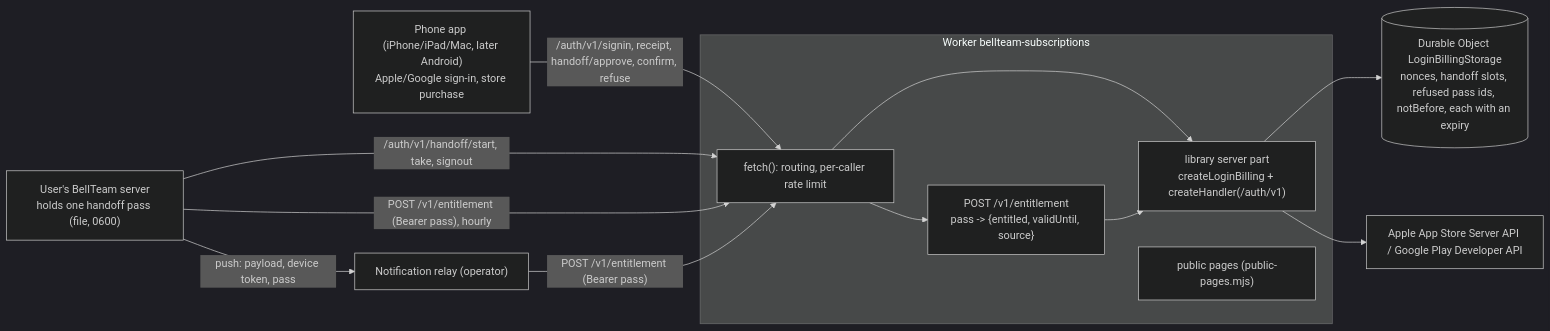
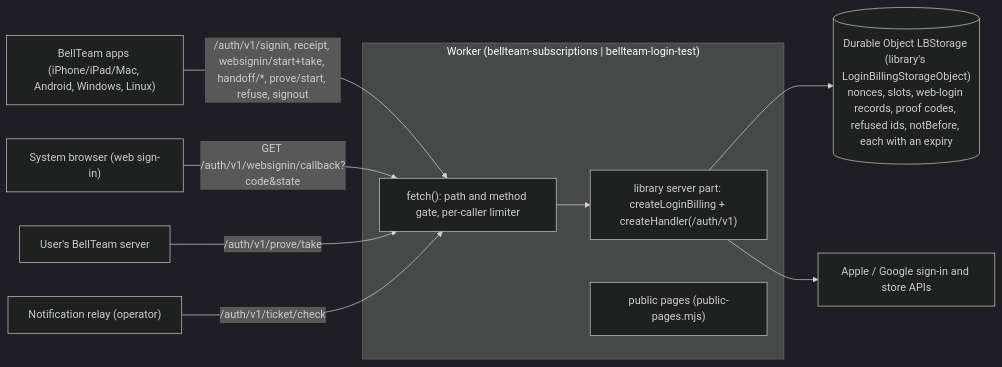
One commit to kitepon/BellTeam changed the diagram in services/subscriptions/README.md. Above: the diagram before and after it, drawn with Mermaid (dark theme). The commit also changed other lines of this file and 12 other files, not shown here.

First line of the commit message:
a485: Worker on login-billing 0.10.0 (contract 1.20): library handler and Durable Object storage, test Worker environment

````diff
--- a/services/subscriptions/README.md
+++ b/services/subscriptions/README.md
@@ -8,22 +8,20 @@
 ```mermaid
 flowchart LR
-  Phone["Phone app (iPhone/iPad/Mac, later Android)<br/>Apple/Google sign-in, store purchase"]
-  Srv["User's BellTeam server<br/>holds one handoff pass (file, 0600)"]
+  App["BellTeam apps (iPhone/iPad/Mac, Android, Windows, Linux)"]
+  Browser["System browser (web sign-in)"]
+  Srv["User's BellTeam server"]
   Relay["Notification relay (operator)"]
-  subgraph W["Worker bellteam-subscriptions"]
-    Front["fetch(): routing, per-caller rate limit"]
-    Lib["library server part<br/>createLoginBilling + createHandler(/auth/v1)"]
-    Ent["POST /v1/entitlement<br/>pass -> {entitled, validUntil, source}"]
+  subgraph W["Worker (bellteam-subscriptions | bellteam-login-test)"]
+    Front["fetch(): path and method gate, per-caller limiter"]
+    Lib["library server part: createLoginBilling + createHandler(/auth/v1)"]
     Pages["public pages (public-pages.mjs)"]
   end
-  Store[("Durable Object LoginBillingStorage<br/>nonces, handoff slots, refused pass ids, notBefore, each with an expiry")]
-  Stores["Apple App Store Server API / Google Play Developer API"]
-  Phone -->|"/auth/v1/signin, receipt, handoff/approve, confirm, refuse"| Front
-  Srv -->|"/auth/v1/handoff/start, take, signout"| Front
-  Srv -->|"POST /v1/entitlement (Bearer pass), hourly"| Front
+  Store[("Durable Object LBStorage (library's LoginBillingStorageObject)<br/>nonces, slots, web-login records, proof codes, refused ids, notBefore, each with an expiry")]
+  Providers["Apple / Google sign-in and store APIs"]
+  App -->|"/auth/v1/signin, receipt, websignin/start+take, handoff/*, prove/start, refuse, signout"| Front
+  Browser -->|"GET /auth/v1/websignin/callback?code&state"| Front
+  Srv -->|"/auth/v1/prove/take"| Front
+  Relay -->|"/auth/v1/ticket/check"| Front
   Front --> Lib --> Store
-  Front --> Ent --> Lib
-  Lib --> Stores
-  Srv -->|"push: payload, device token, pass"| Relay
-  Relay -->|"POST /v1/entitlement (Bearer pass)"| Front
+  Lib --> Providers
 ```
````
